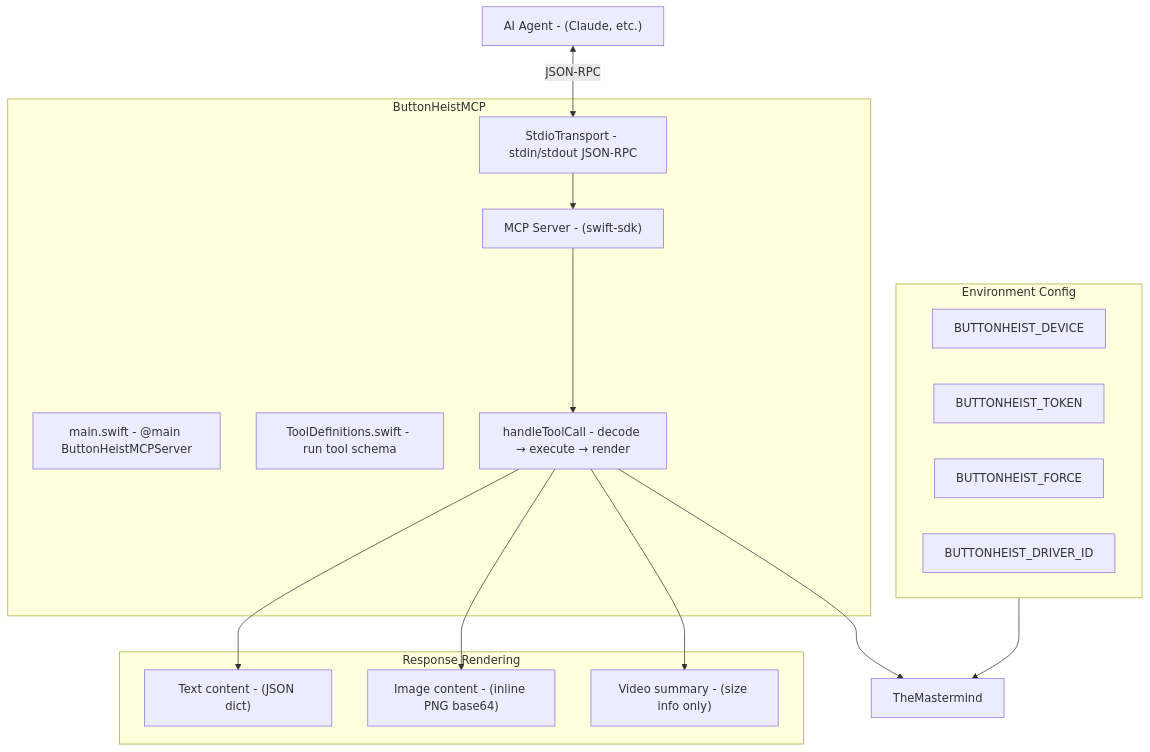
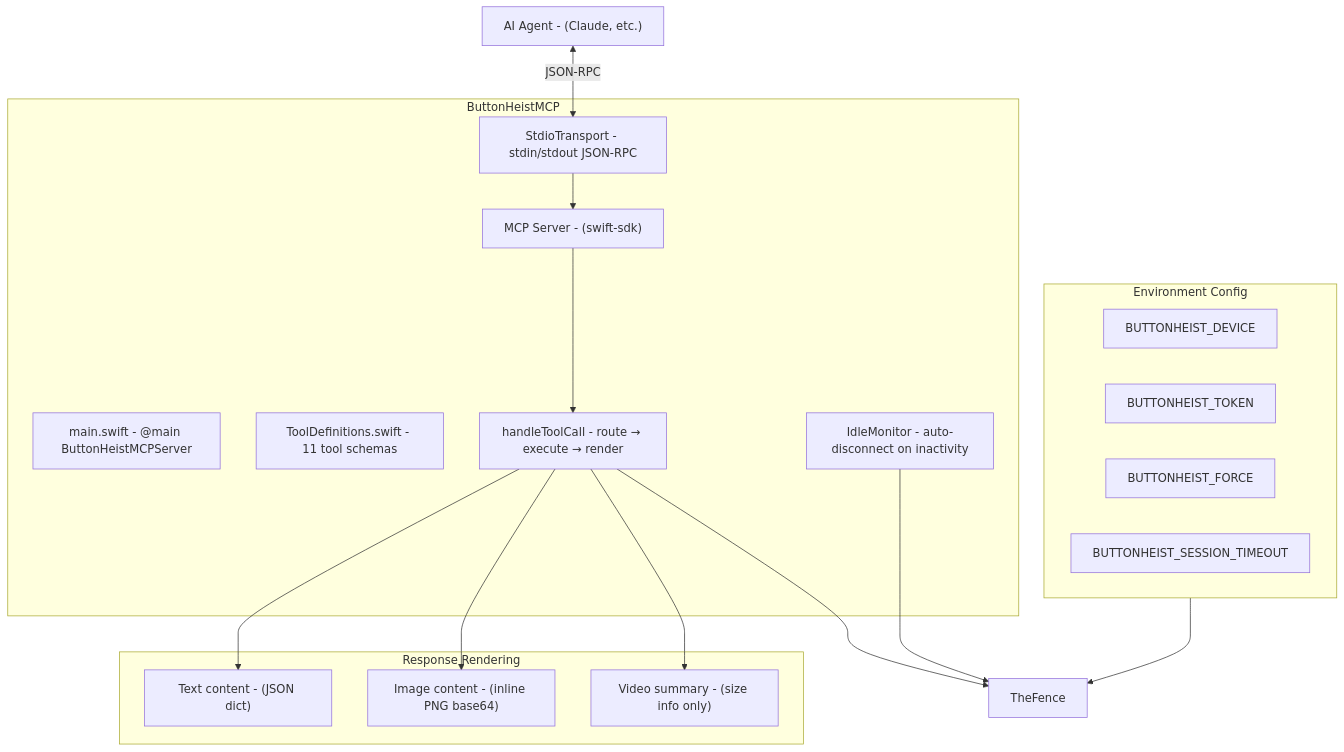
One commit to RoyalPineapple/TheButtonHeist changed the first of 3 diagrams in docs/dossiers/12-MCP.md. Above: the diagram before and after it, drawn with Mermaid. The commit also changed other lines of this file and 15 other files, not shown here.

````diff
--- a/docs/dossiers/12-MCP.md
+++ b/docs/dossiers/12-MCP.md
@@ -19,33 +20,35 @@
 ```mermaid
 graph TD
     subgraph MCP["ButtonHeistMCP"]
         Main["main.swift - @main ButtonHeistMCPServer"]
         Server["MCP Server - (swift-sdk)"]
         Transport["StdioTransport - stdin/stdout JSON-RPC"]
-        ToolDef["ToolDefinitions.swift - run tool schema"]
-        Handler["handleToolCall - decode → execute → render"]
+        ToolDef["ToolDefinitions.swift - 11 tool schemas"]
+        Handler["handleToolCall - route → execute → render"]
+        Idle["IdleMonitor - auto-disconnect on inactivity"]
     end
 
     subgraph Config["Environment Config"]
         Device["BUTTONHEIST_DEVICE"]
         Token["BUTTONHEIST_TOKEN"]
         Force["BUTTONHEIST_FORCE"]
-        DriverID["BUTTONHEIST_DRIVER_ID"]
+        Timeout["BUTTONHEIST_SESSION_TIMEOUT"]
     end
 
     subgraph Rendering["Response Rendering"]
         TextContent["Text content - (JSON dict)"]
         ImageContent["Image content - (inline PNG base64)"]
         VideoSummary["Video summary - (size info only)"]
     end
 
     AIAgent["AI Agent - (Claude, etc.)"] <-->|JSON-RPC| Transport
     Transport --> Server
     Server --> Handler
-    Handler --> TheMastermind["TheMastermind"]
-    Config --> TheMastermind
+    Handler --> TheFence["TheFence"]
+    Config --> TheFence
+    Idle --> TheFence
 
     Handler --> TextContent
     Handler --> ImageContent
     Handler --> VideoSummary
 ```
````
